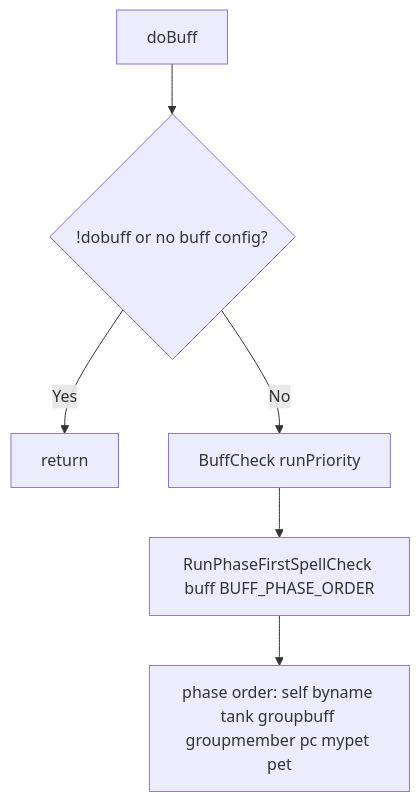
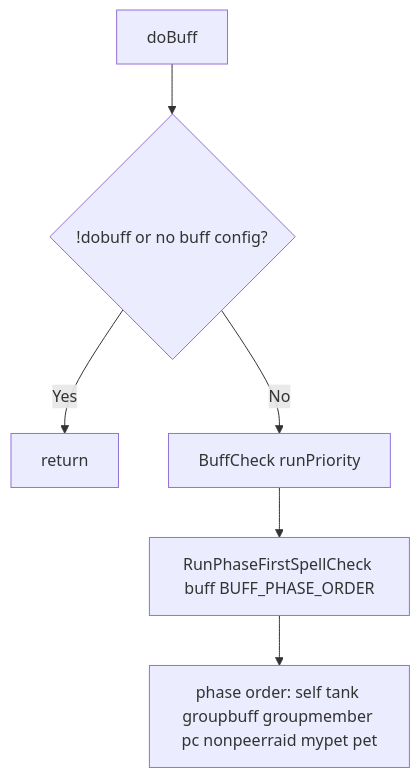
One commit to Cezero/czbot changed the diagram in docs/botlogic/hook-dobuff.md. Above: the diagram before and after it, drawn with Mermaid. The commit also changed other lines of this file and 19 other files, not shown here.

````diff
--- a/docs/botlogic/hook-dobuff.md
+++ b/docs/botlogic/hook-dobuff.md
@@ -12,8 +12,8 @@
 ```mermaid
 flowchart TB
     Start[doBuff] --> Guards{!dobuff or no buff config?}
     Guards -->|Yes| End[return]
     Guards -->|No| BuffCheck[BuffCheck runPriority]
     BuffCheck --> RunPhase[RunPhaseFirstSpellCheck buff BUFF_PHASE_ORDER]
-    RunPhase --> PhaseLoop[phase order: self byname tank groupbuff groupmember pc mypet pet]
+    RunPhase --> PhaseLoop[phase order: self tank groupbuff groupmember pc nonpeerraid mypet pet]
 ```
````
